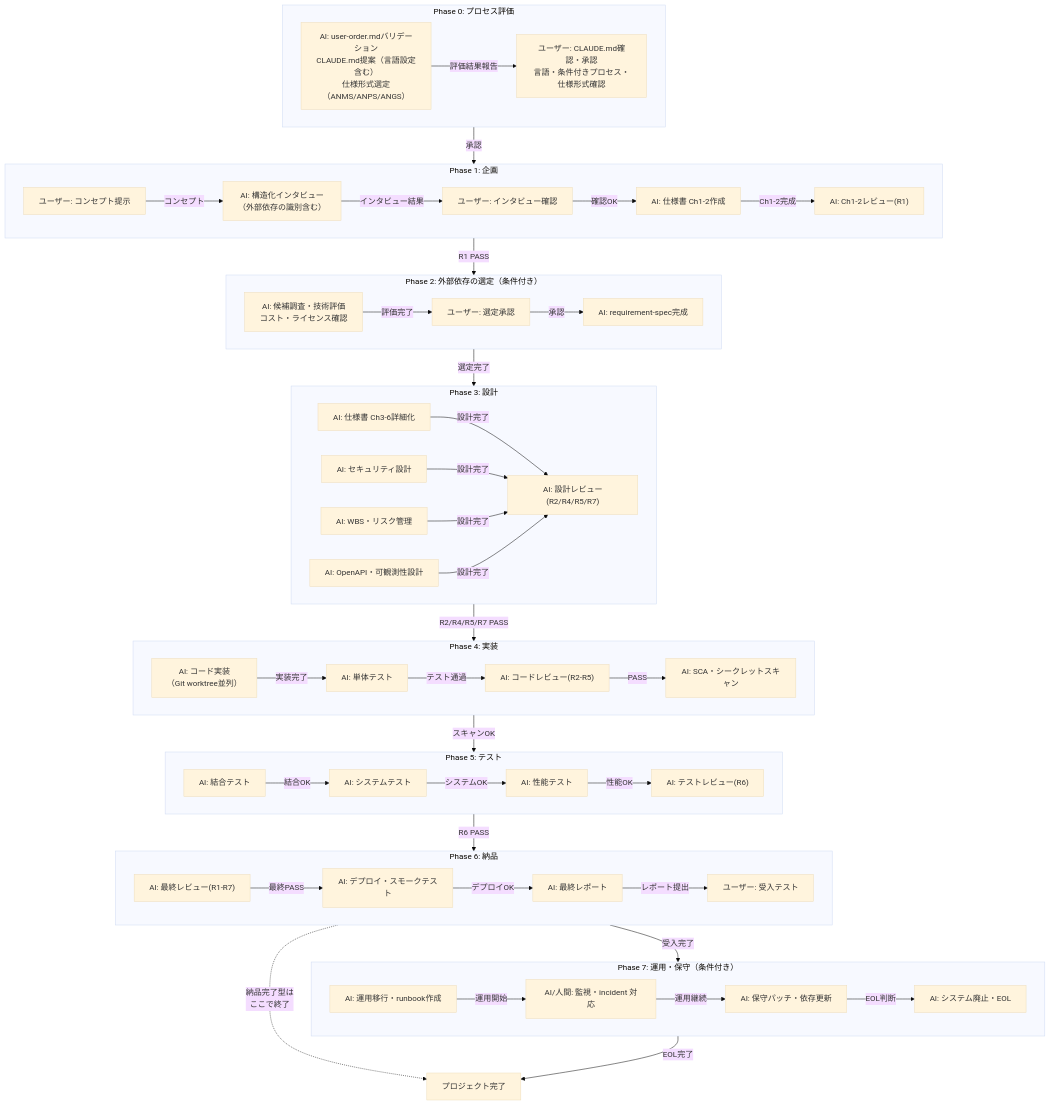
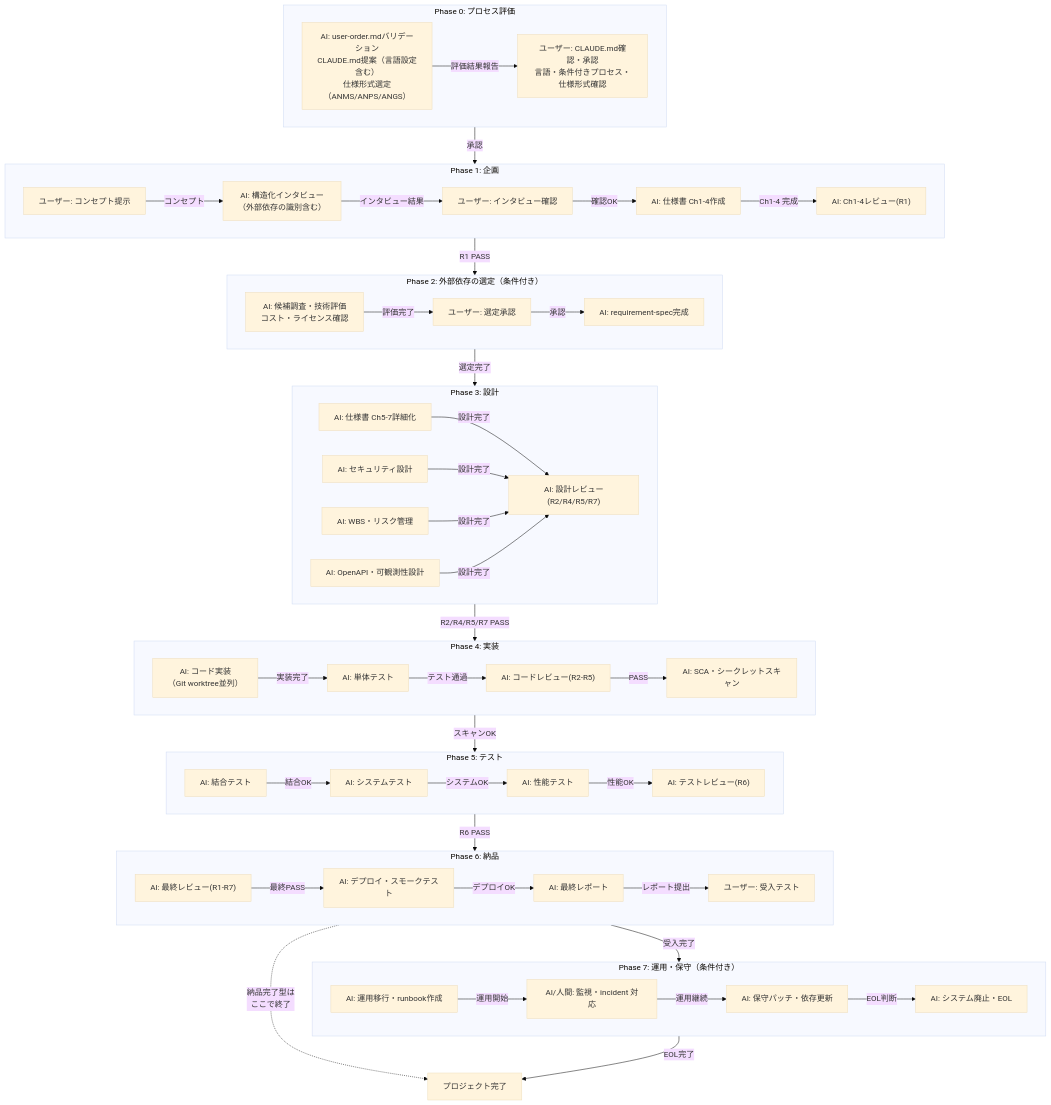
The second of 12 diagrams in framework-src/ja/process-rules/full-auto-dev-process-rules.md (GoodRelax/gr-sw-maker), drawn with Mermaid (base theme) before and after one commit. The commit also changed other lines of this file and 28 other files, not shown here.

```diff
--- a/framework-src/ja/process-rules/full-auto-dev-process-rules.md
+++ b/framework-src/ja/process-rules/full-auto-dev-process-rules.md
@@ -255,12 +255,12 @@
         P1A["ユーザー: コンセプト提示"]
         P1H["AI: 構造化インタビュー<br/>（外部依存の識別含む）"]
         P1HU["ユーザー: インタビュー確認"]
-        P1B["AI: 仕様書 Ch1-2作成"]
-        P1C["AI: Ch1-2レビュー(R1)"]
+        P1B["AI: 仕様書 Ch1-4作成"]
+        P1C["AI: Ch1-4レビュー(R1)"]
         P1A -->|"コンセプト"| P1H
         P1H -->|"インタビュー結果"| P1HU
         P1HU -->|"確認OK"| P1B
-        P1B -->|"Ch1-2完成"| P1C
+        P1B -->|"Ch1-4 完成"| P1C
     end
 
     subgraph Phase2["Phase 2: 外部依存の選定（条件付き）"]
@@ -272,7 +272,7 @@
     end
 
     subgraph Phase3["Phase 3: 設計"]
-        P3DA["AI: 仕様書 Ch3-6詳細化"]
+        P3DA["AI: 仕様書 Ch5-7詳細化"]
         P3DB["AI: セキュリティ設計"]
         P3DC["AI: WBS・リスク管理"]
         P3DE["AI: OpenAPI・可観測性設計"]
```
